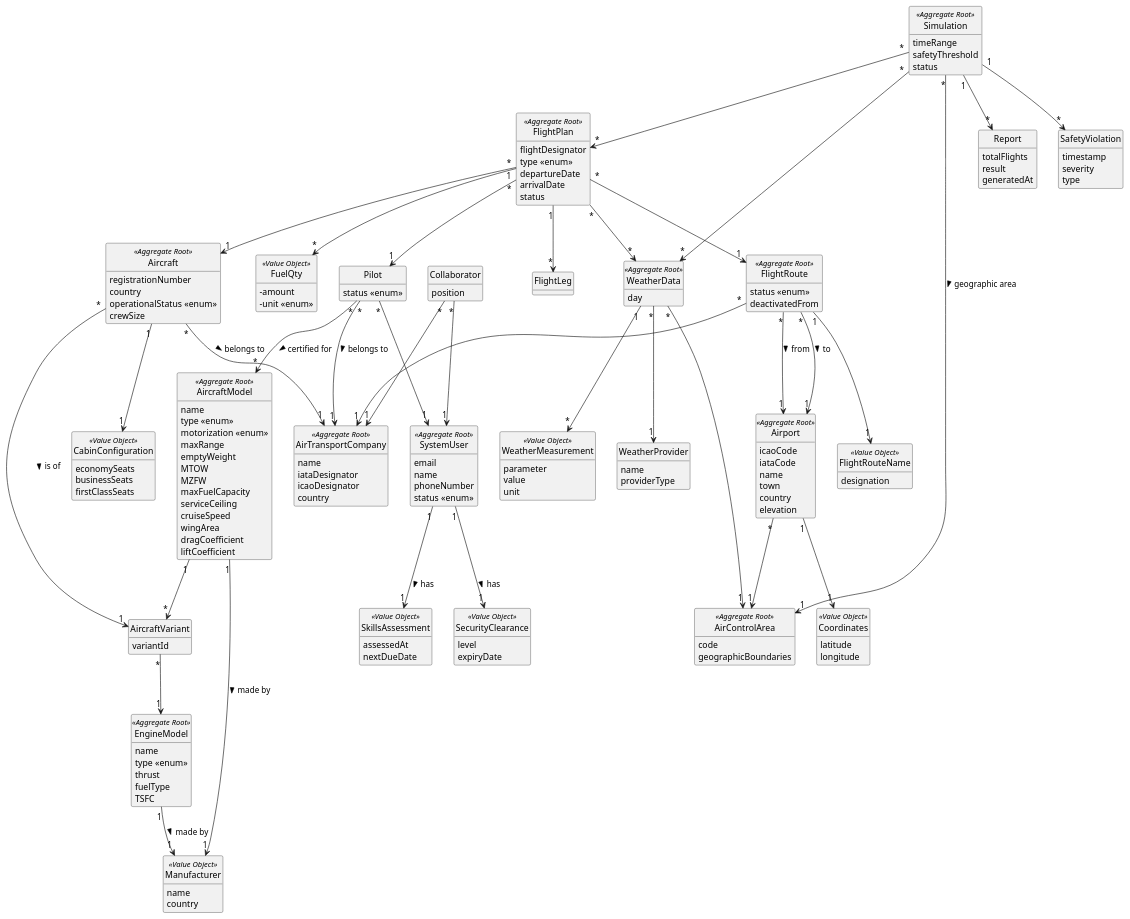
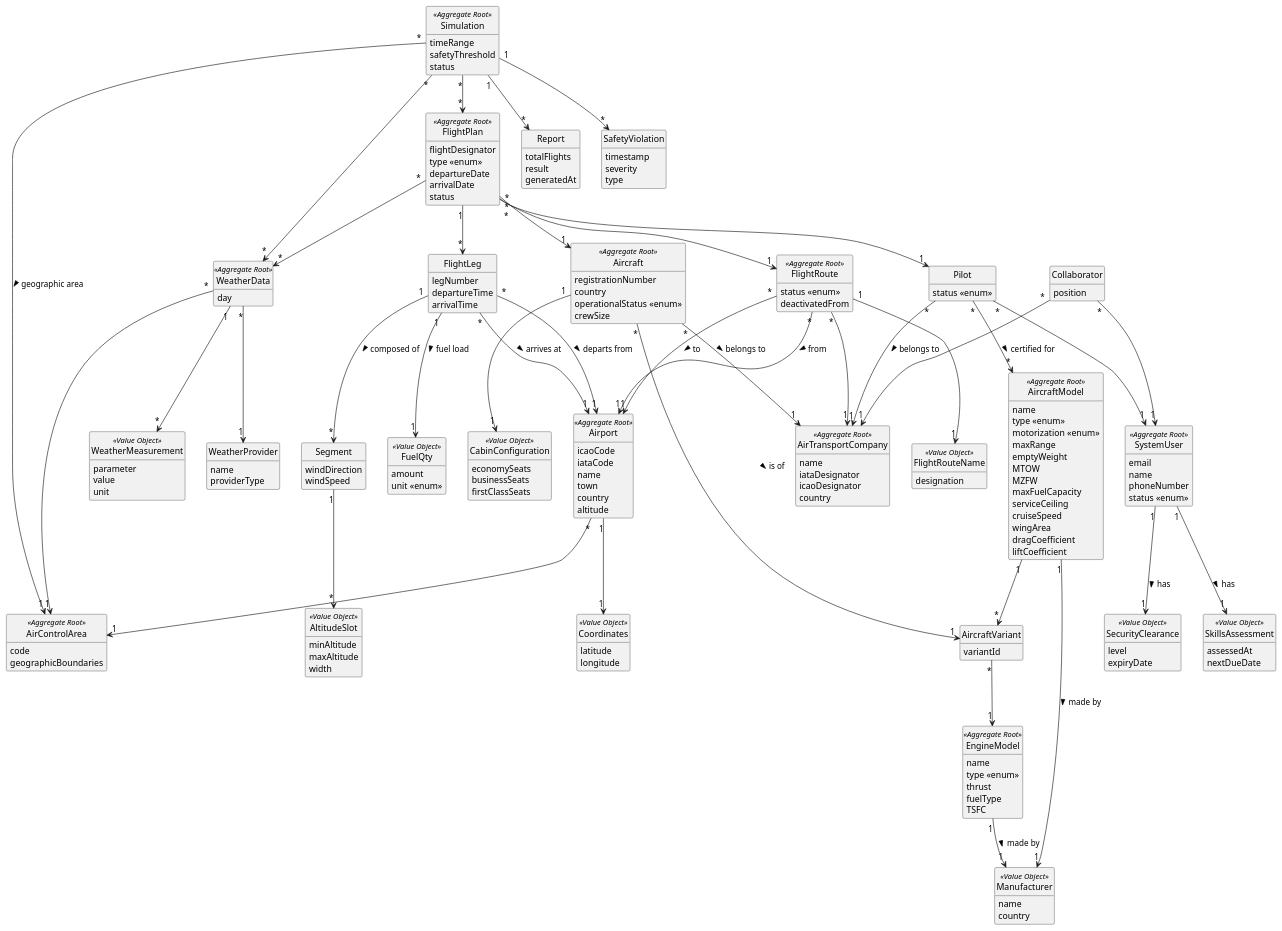
The diagram in docs/global-artifacts/02.analysis/puml/DM.puml (GustavoFerreira24/flight-management-platform), drawn with PlantUML before and after one commit.

Commit message:
Domain Model updated with some new ideas [#14]

```diff
--- a/docs/global-artifacts/02.analysis/puml/DM.puml
+++ b/docs/global-artifacts/02.analysis/puml/DM.puml
@@ -25,12 +25,25 @@
 }
 
 class FuelQty <<Value Object>> {
-    - amount
-    - unit <<enum>>
+    amount
+    unit <<enum>>
 }
 
 class FlightLeg {
+    legNumber
+    departureTime
+    arrivalTime
+}
 
+class Segment {
+    windDirection
+    windSpeed
+}
+
+class AltitudeSlot <<Value Object>> {
+    minAltitude
+    maxAltitude
+    width
 }
 
 class FlightRoute <<Aggregate Root>> {
@@ -44,7 +57,7 @@
     name
     town
     country
-    elevation
+    altitude
 }
 
 class AirControlArea <<Aggregate Root>> {
@@ -181,7 +194,6 @@
 FlightPlan "*" --> "1" Pilot
 FlightPlan "*" --> "1" Aircraft
 FlightPlan "1" --> "*" FlightLeg
-FlightPlan "1" --> "*" FuelQty
 FlightPlan "*" --> "*" WeatherData
 
 Airport "*" --> "1" AirControlArea
@@ -211,4 +223,10 @@
 Pilot "*" --> "1" AirTransportCompany : belongs to >
 Pilot "*" --> "*" AircraftModel : certified for >
 
+FlightLeg "1" --> "1" FuelQty : fuel load >
+FlightLeg "*" --> "1" Airport : departs from >
+FlightLeg "*" --> "1" Airport : arrives at >
+FlightLeg "1" --> "*" Segment : composed of >
+Segment "1" --> "*" AltitudeSlot
+
 @enduml
```
